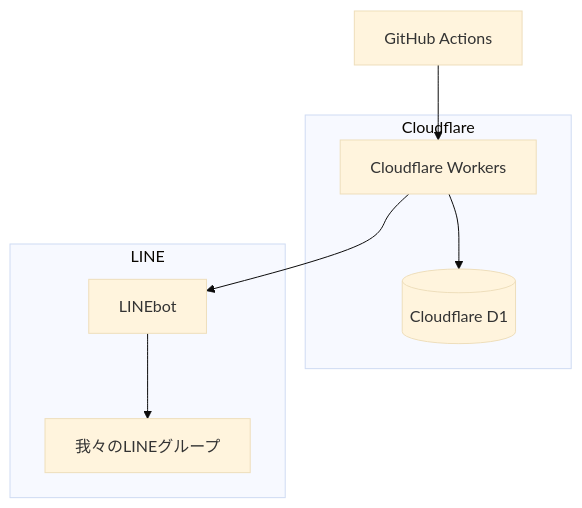
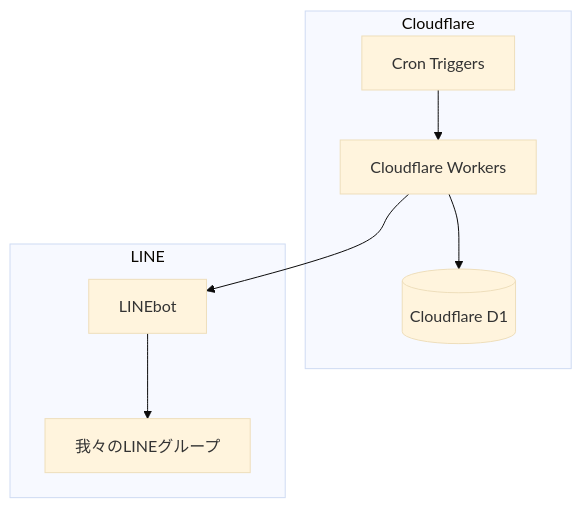
The second of 2 diagrams in README.md (coniva-bouldering/bouldering-gym-notifier), drawn with Mermaid (base theme) before and after one commit. The commit also changed other lines of this file, not shown here.

Commit message:
#13 インフラ構成とシーケンスをGitHub Actions→Cron Triggersに置き換える

````diff
--- a/README.md
+++ b/README.md
@@ -33,11 +33,11 @@
 ```mermaid
 flowchart TD
-    actions[GitHub Actions] --> worker[Cloudflare Workers]
     subgraph Cloudflare
+        cron[Cron Triggers] --> worker[Cloudflare Workers]
         worker --> db[(Cloudflare D1)]
     end
     subgraph LINE
         worker --> line[LINEbot]
         line --> u[我々のLINEグループ]
     end
 ```
````
